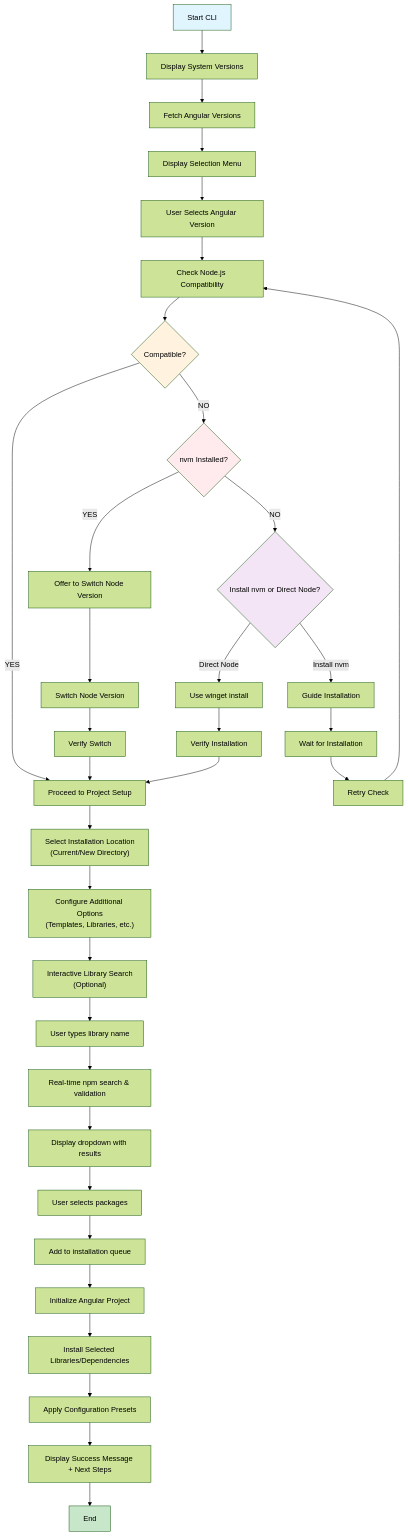
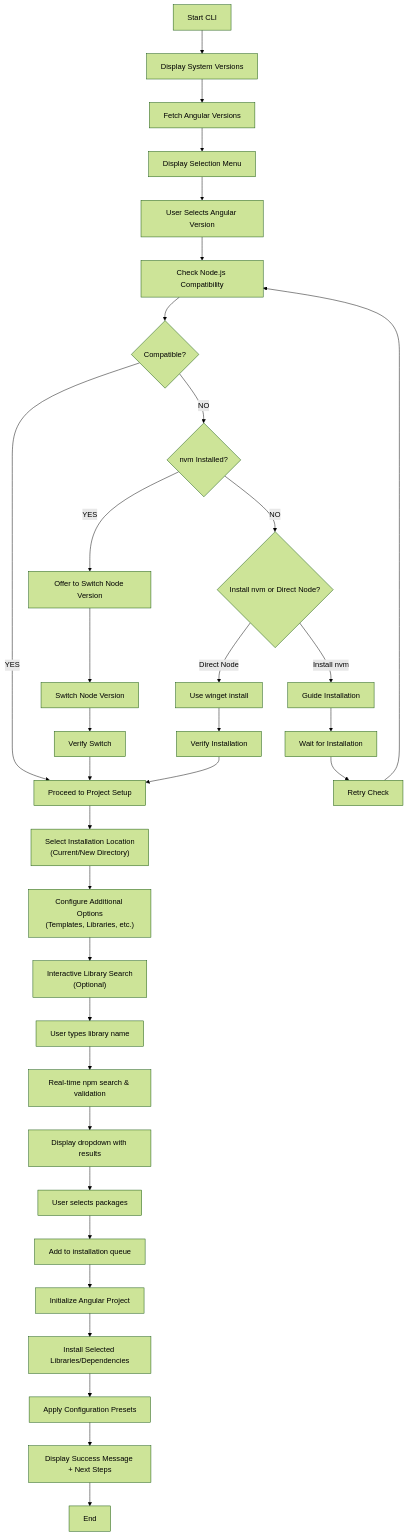
One commit to jatinmourya/ng-init changed the diagram in PROJECT_DOCUMENTATION.md. Above: the diagram before and after it, drawn with Mermaid (forest theme). The commit also changed 12 other files, not shown here.

````diff
--- a/PROJECT_DOCUMENTATION.md
+++ b/PROJECT_DOCUMENTATION.md
@@ -259,49 +259,43 @@
 ```mermaid
 flowchart TD
     A["Start CLI"] --> B["Display System Versions"]
     B --> C["Fetch Angular Versions"]
     C --> D["Display Selection Menu"]
     D --> E["User Selects Angular Version"]
     E --> F["Check Node.js Compatibility"]
     
     F --> G{"Compatible?"}
     G -->|"YES"| H["Proceed to Project Setup"]
     G -->|"NO"| I{"nvm Installed?"}
     
     I -->|"YES"| J["Offer to Switch Node Version"]
     J --> K["Switch Node Version"]
     K --> L["Verify Switch"]
     L --> H
     
     I -->|"NO"| M{"Install nvm or Direct Node?"}
     M -->|"Install nvm"| N["Guide Installation"]
     N --> O["Wait for Installation"]
     O --> P["Retry Check"]
     P --> F
     
     M -->|"Direct Node"| Q["Use winget install"]
     Q --> R["Verify Installation"]
     R --> H
     
     H --> S["Select Installation Location<br/>(Current/New Directory)"]
     S --> T["Configure Additional Options<br/>(Templates, Libraries, etc.)"]
     
     T --> U["Interactive Library Search<br/>(Optional)"]
     U --> V["User types library name"]
     V --> W["Real-time npm search & validation"]
     W --> X["Display dropdown with results"]
     X --> Y["User selects packages"]
     Y --> Z["Add to installation queue"]
     
     Z --> AA["Initialize Angular Project"]
     AA --> AB["Install Selected Libraries/Dependencies"]
     AB --> AC["Apply Configuration Presets"]
     AC --> AD["Display Success Message + Next Steps"]
     AD --> AE["End"]
-    
-    style A fill:#e1f5fe
-    style AE fill:#c8e6c9
-    style G fill:#fff3e0
-    style I fill:#ffebee
-    style M fill:#f3e5f5
 ```
````
